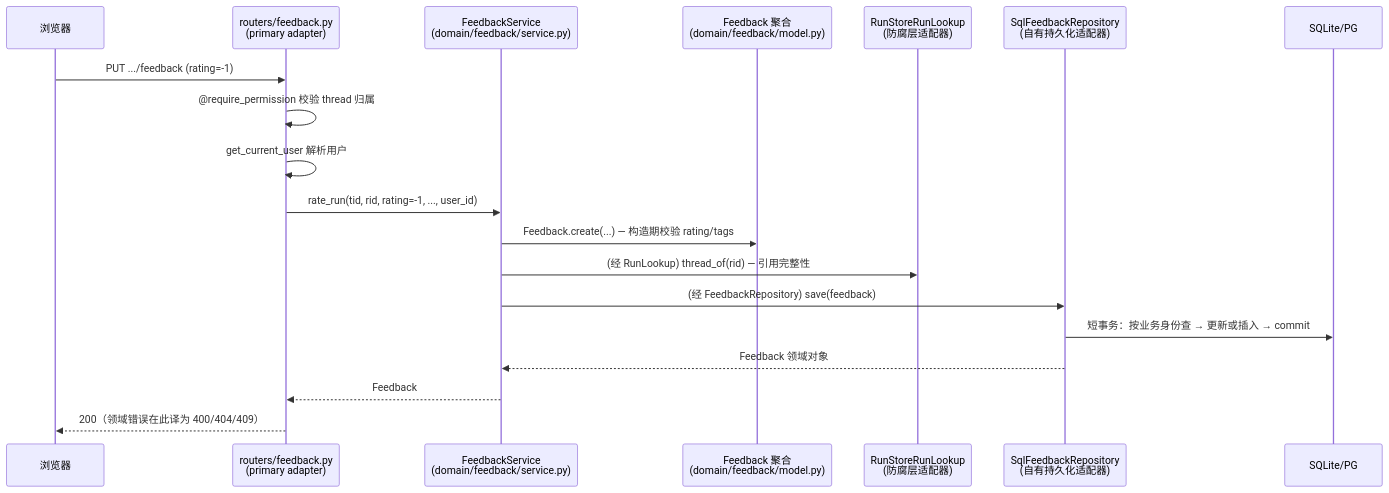
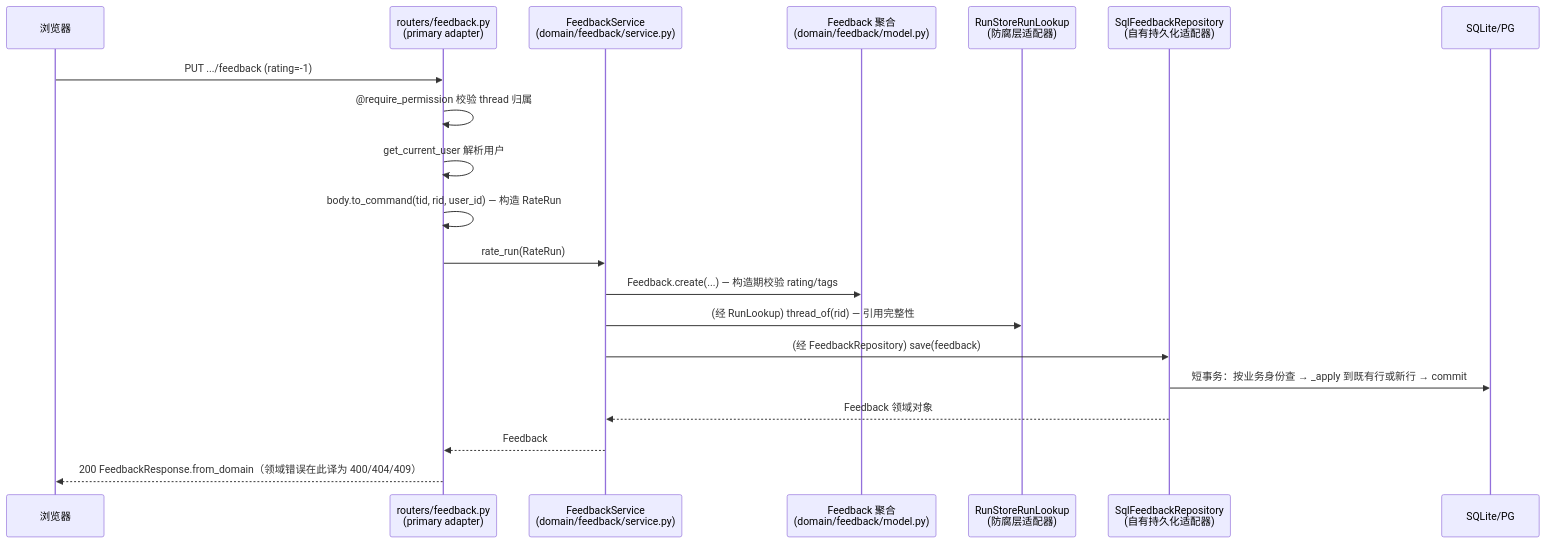
Before and after one commit to bytedance/deer-flow: the diagram in backend/docs/FEEDBACK_DESIGN_zh.md, drawn with Mermaid. The commit also changed other lines of this file and 4 other files, not shown here.

````diff
--- a/backend/docs/FEEDBACK_DESIGN_zh.md
+++ b/backend/docs/FEEDBACK_DESIGN_zh.md
@@ -276,22 +234,23 @@
 ```mermaid
 sequenceDiagram
     participant U as 浏览器
     participant R as routers/feedback.py<br/>(primary adapter)
     participant S as FeedbackService<br/>(domain/feedback/service.py)
     participant A as Feedback 聚合<br/>(domain/feedback/model.py)
     participant L as RunStoreRunLookup<br/>(防腐层适配器)
     participant I as SqlFeedbackRepository<br/>(自有持久化适配器)
     participant DB as SQLite/PG
 
     U->>R: PUT .../feedback (rating=-1)
     R->>R: @require_permission 校验 thread 归属
     R->>R: get_current_user 解析用户
-    R->>S: rate_run(tid, rid, rating=-1, ..., user_id)
+    R->>R: body.to_command(tid, rid, user_id) — 构造 RateRun
+    R->>S: rate_run(RateRun)
     S->>A: Feedback.create(...) — 构造期校验 rating/tags
     S->>L: (经 RunLookup) thread_of(rid) — 引用完整性
     S->>I: (经 FeedbackRepository) save(feedback)
-    I->>DB: 短事务：按业务身份查 → 更新或插入 → commit
+    I->>DB: 短事务：按业务身份查 → _apply 到既有行或新行 → commit
     I-->>S: Feedback 领域对象
     S-->>R: Feedback
-    R-->>U: 200（领域错误在此译为 400/404/409）
+    R-->>U: 200 FeedbackResponse.from_domain（领域错误在此译为 400/404/409）
 ```
````
